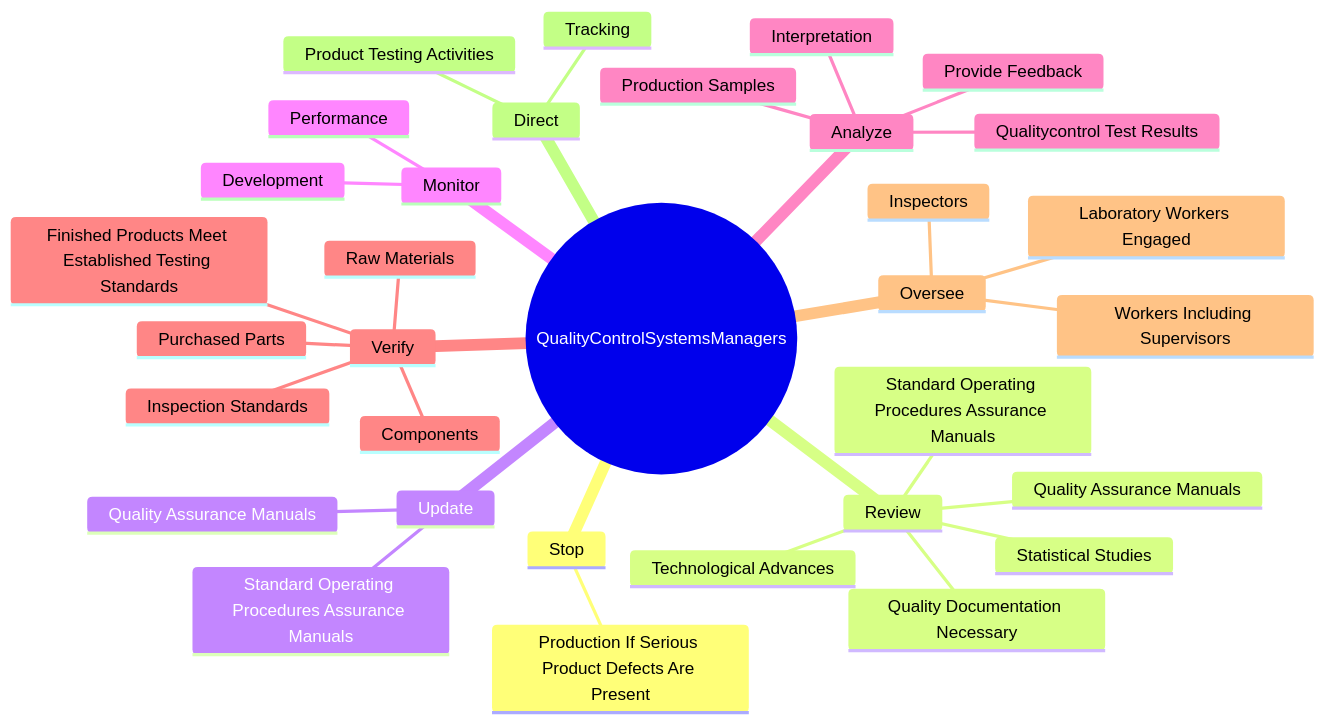
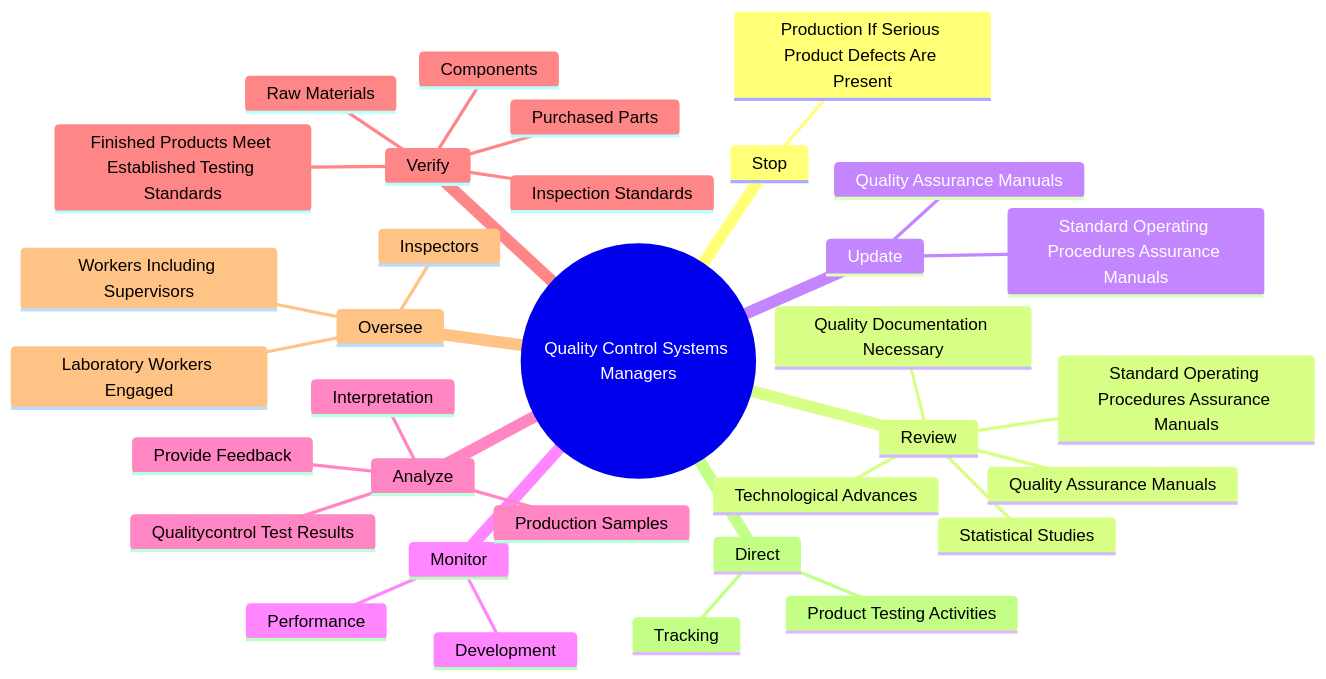
The second of 4 diagrams in occupations/Management/QualityControlSystemsManagers.mdx (kziemski/business.org.ai), drawn with Mermaid before and after one commit. The commit also changed other lines of this file and 938 other files, not shown here.

````diff
--- a/occupations/Management/QualityControlSystemsManagers.mdx
+++ b/occupations/Management/QualityControlSystemsManagers.mdx
@@ -38,36 +46,36 @@
 ```mermaid
 mindmap
-    root(("QualityControlSystemsManagers"))
+    root(("Quality Control Systems Managers"))
         Stop
             Production If Serious Product Defects Are Present
         Review
             Standard Operating Procedures Assurance Manuals
             Quality Assurance Manuals
             Quality Documentation Necessary
             Statistical Studies
             Technological Advances
         Update
             Standard Operating Procedures Assurance Manuals
             Quality Assurance Manuals
         Monitor
             Performance
             Development
         Analyze
             Qualitycontrol Test Results
             Provide Feedback
             Interpretation
             Production Samples
         Verify
             Raw Materials
             Purchased Parts
             Components
             Finished Products Meet Established Testing Standards
             Inspection Standards
         Oversee
             Workers Including Supervisors
             Inspectors
             Laboratory Workers Engaged
         Direct
             Product Testing Activities
             Tracking
 ```
````
